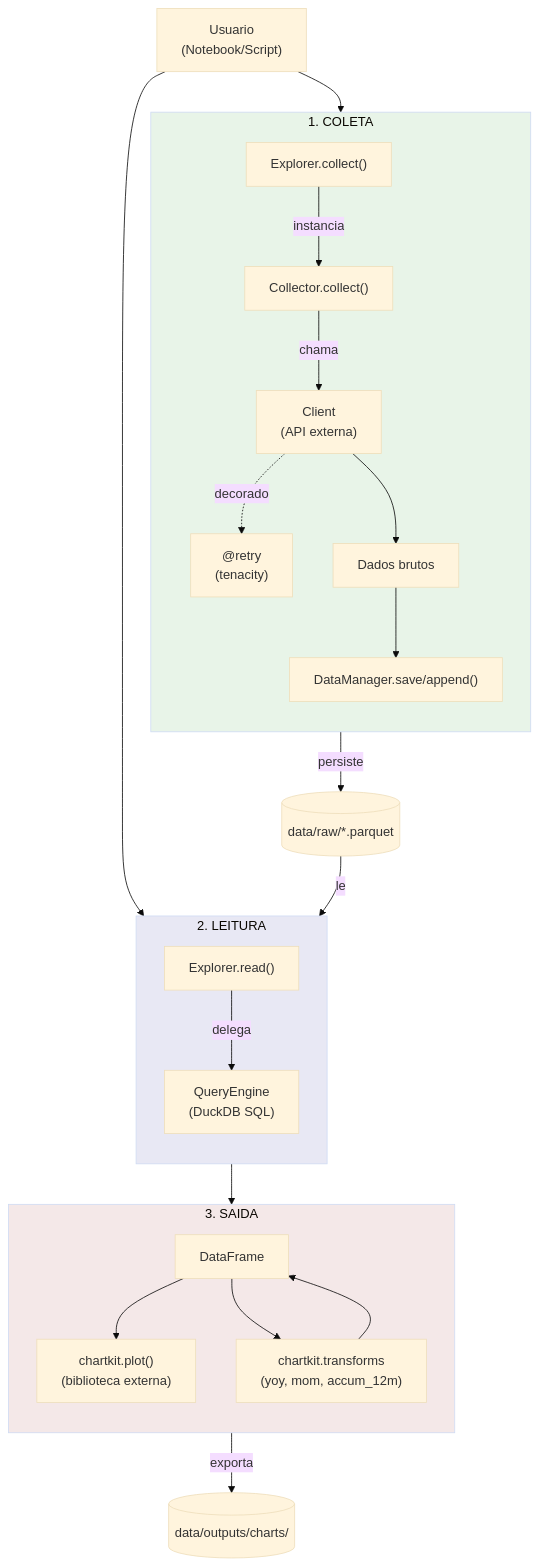
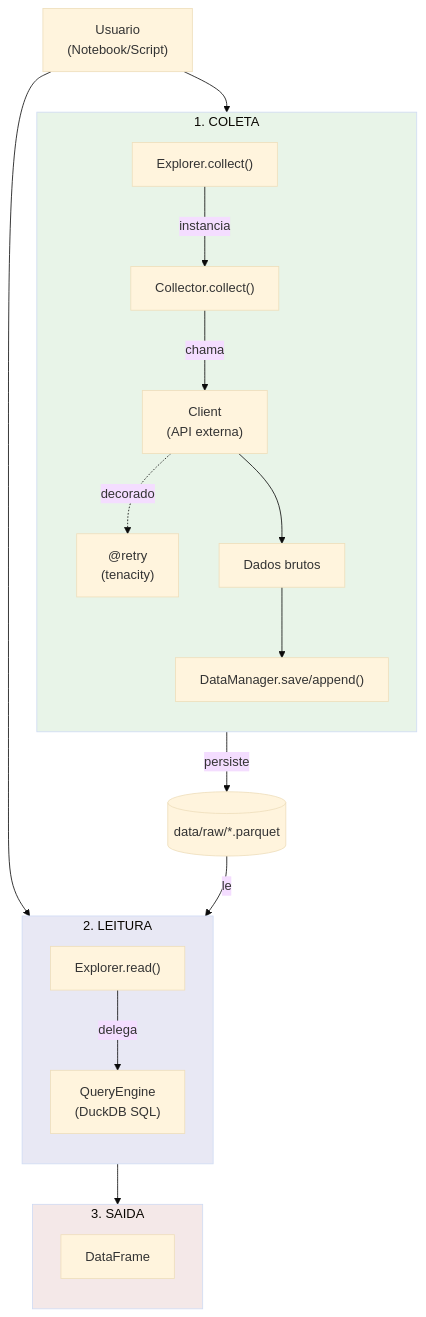
One commit to enzoomoreira/adb changed the second of 3 diagrams in docs/internals/architecture.md. Above: the diagram before and after it, drawn with Mermaid (base theme). The commit also changed other lines of this file and 22 other files, not shown here.

````diff
--- a/docs/internals/architecture.md
+++ b/docs/internals/architecture.md
@@ -222,56 +222,47 @@
 ```mermaid
 flowchart TD
     User["Usuario<br/>(Notebook/Script)"]
 
     subgraph Coleta ["1. COLETA"]
         direction TB
         EC["Explorer.collect()"]
         CC["Collector.collect()"]
         CLI["Client<br/>(API externa)"]
         RET["@retry<br/>(tenacity)"]
         RAW["Dados brutos"]
         DM["DataManager.save/append()"]
     end
 
     subgraph Leitura ["2. LEITURA"]
         direction TB
         ER["Explorer.read()"]
         QE["QueryEngine<br/>(DuckDB SQL)"]
     end
 
     subgraph Saida ["3. SAIDA"]
         direction TB
         DF["DataFrame"]
-        VIZ["chartkit.plot()<br/>(biblioteca externa)"]
-        TRF["chartkit.transforms<br/>(yoy, mom, accum_12m)"]
     end
 
     PARQUET[("data/raw/*.parquet")]
-    CHART[("data/outputs/charts/")]
 
     %% Fluxo de Coleta
     User --> EC
     EC -->|"instancia"| CC
     CC -->|"chama"| CLI
     CLI -.->|"decorado"| RET
     CLI --> RAW
     RAW --> DM
     DM -->|"persiste"| PARQUET
 
     %% Fluxo de Leitura
     User --> ER
     PARQUET -->|"le"| ER
     ER -->|"delega"| QE
     QE --> DF
 
-    %% Fluxo de Visualizacao
-    DF --> VIZ
-    DF --> TRF
-    TRF --> DF
-    VIZ -->|"exporta"| CHART
-
     %% Styling
     style Coleta fill:#e8f4e8
     style Leitura fill:#e8e8f4
     style Saida fill:#f4e8e8
 ```
````
